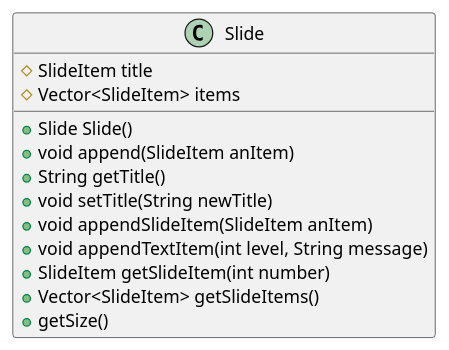
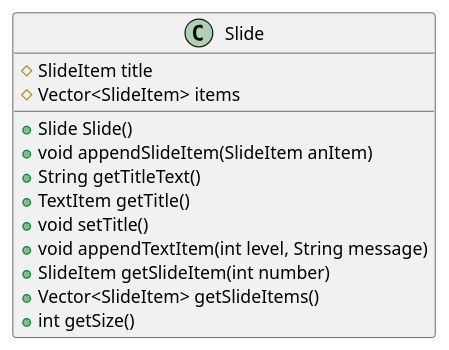
Before and after one commit to kvojps/estudo-uml: the diagram in jabberPoint/diagramaClasses/Slide.puml, drawn with PlantUML. The commit also changed 1 other file, not shown here.

Commit message:
Diagramas de classes JabberPoint

```diff
--- a/jabberPoint/diagramaClasses/Slide.puml
+++ b/jabberPoint/diagramaClasses/Slide.puml
@@ -1,16 +1,16 @@
 @startuml slide
 class Slide {
     # SlideItem title
     # Vector<SlideItem> items
 
     + Slide Slide()
-    + void append(SlideItem anItem)
-    + String getTitle()
-    + void setTitle(String newTitle)
     + void appendSlideItem(SlideItem anItem)
+    + String getTitleText()
+    + TextItem getTitle()
+    + void setTitle()
     + void appendTextItem(int level, String message)
     + SlideItem getSlideItem(int number)
     + Vector<SlideItem> getSlideItems()
-    + getSize()
+    + int getSize()
 }
 @enduml
```
